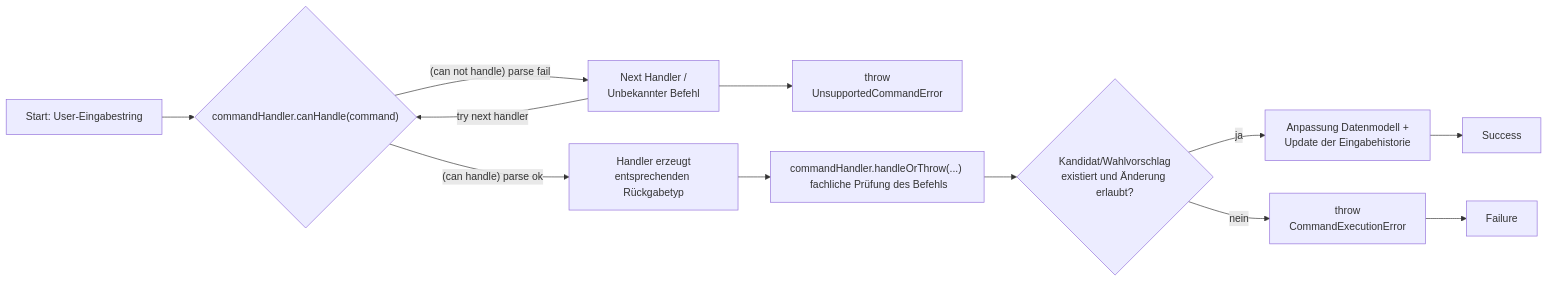
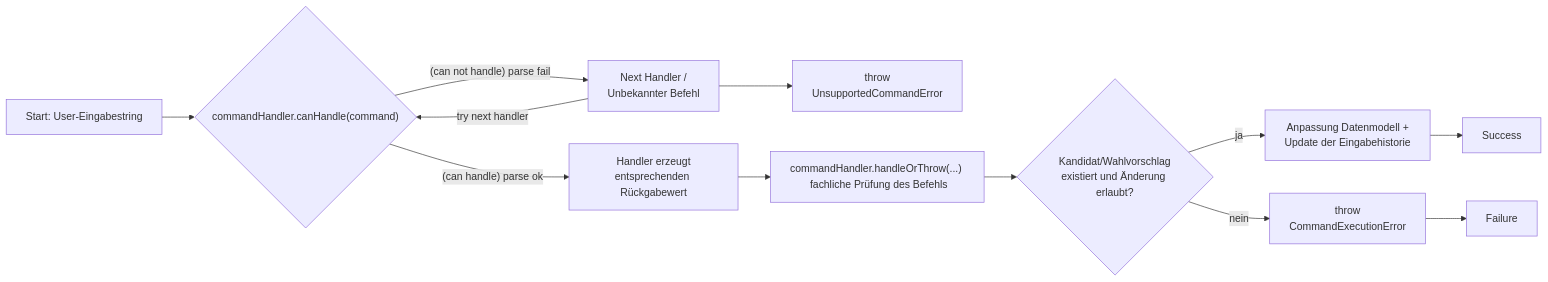
One commit to it-at-m/Wahllokalsystem changed the fourth of 4 diagrams in docs/src/dse/index.md. Above: the diagram before and after it, drawn with Mermaid.

Commit message:
#3358 coderabbit: wording

````diff
--- a/docs/src/dse/index.md
+++ b/docs/src/dse/index.md
@@ -148,18 +148,18 @@
 ```mermaid
 flowchart LR
     A["Start: User-Eingabestring"] --> B{"commandHandler.canHandle(command)"}
 
     B -->|"(can not handle) parse fail"| C["Next Handler /<br/>Unbekannter Befehl"]
     C --> D["throw<br/>UnsupportedCommandError"]
     C -->|try next handler| B
     
-    B -->|"(can handle) parse ok"| E["Handler erzeugt<br/>entsprechenden Rückgabetyp"]
+    B -->|"(can handle) parse ok"| E["Handler erzeugt<br/>entsprechenden Rückgabewert"]
     E --> F["commandHandler.handleOrThrow(...) <br/> fachliche Prüfung des Befehls"]
     F --> G{"Kandidat/Wahlvorschlag<br/>existiert und Änderung erlaubt?"}
 
     G -->|ja| H["Anpassung Datenmodell +<br/>Update der Eingabehistorie"]
     H --> I["Success"]
 
     G -->|nein| J["throw <br/> CommandExecutionError"]
     J --> K["Failure"]
 ```
````
